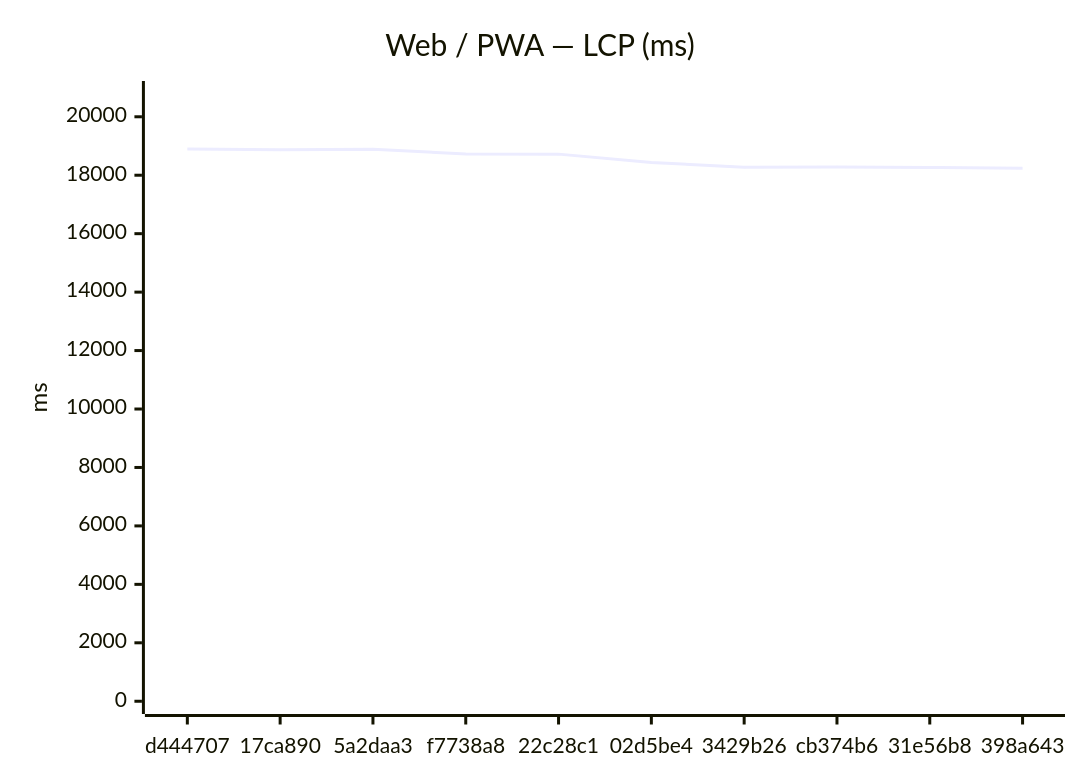
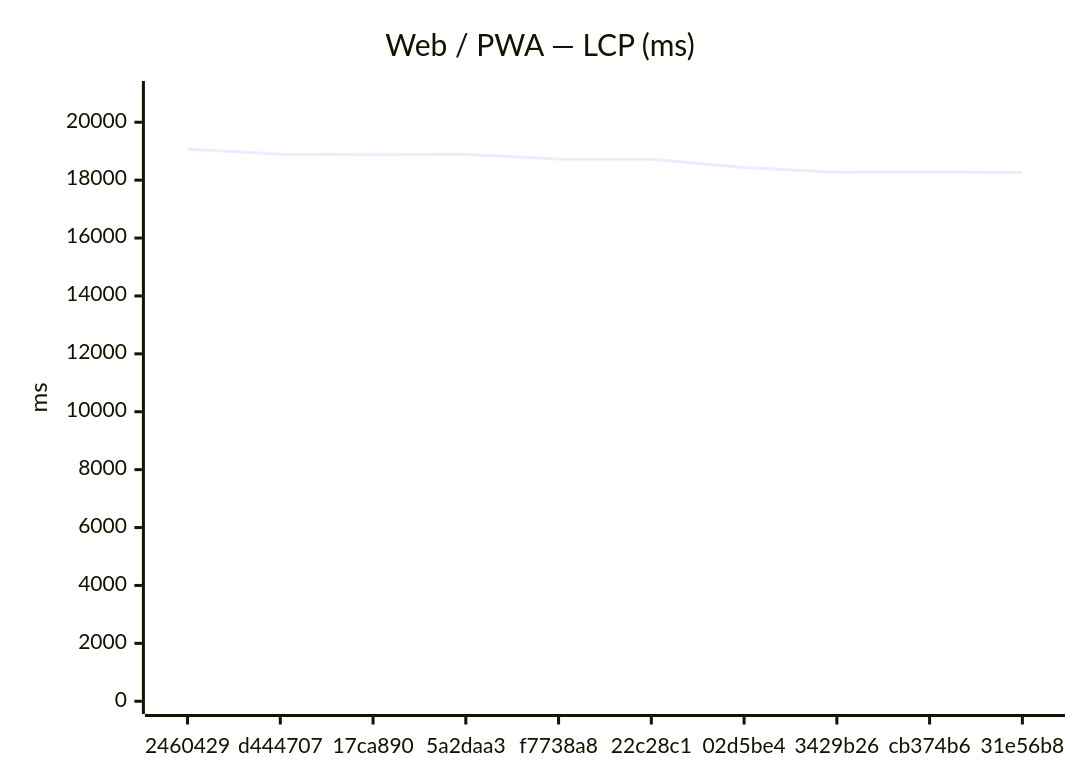
One commit to Metaheurist/Rianell changed the first of 18 diagrams in benchmarks/compare.md. Above: the diagram before and after it, drawn with Mermaid. The commit also changed other lines of this file and 11 other files, not shown here.

````diff
--- a/benchmarks/compare.md
+++ b/benchmarks/compare.md
@@ -24,7 +24,7 @@
 ```mermaid
 xychart-beta
     title "Web / PWA — LCP (ms)"
-    x-axis ["d444707", "17ca890", "5a2daa3", "f7738a8", "22c28c1", "02d5be4", "3429b26", "cb374b6", "31e56b8", "398a643"]
-    y-axis "ms" 0 --> 20788
-    line [18898, 18874, 18888, 18728, 18722, 18436, 18270, 18278, 18267, 18242]
+    x-axis ["2460429", "d444707", "17ca890", "5a2daa3", "f7738a8", "22c28c1", "02d5be4", "3429b26", "cb374b6", "31e56b8"]
+    y-axis "ms" 0 --> 20984
+    line [19076, 18898, 18874, 18888, 18728, 18722, 18436, 18270, 18278, 18267]
 ```
````
